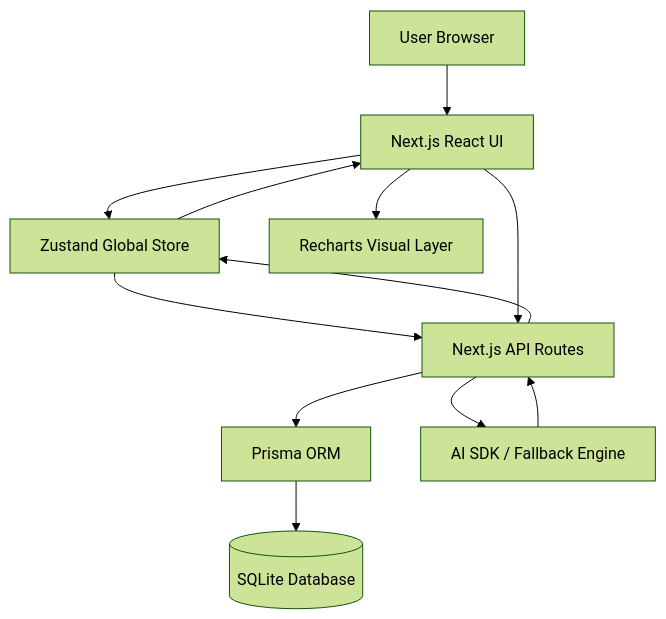
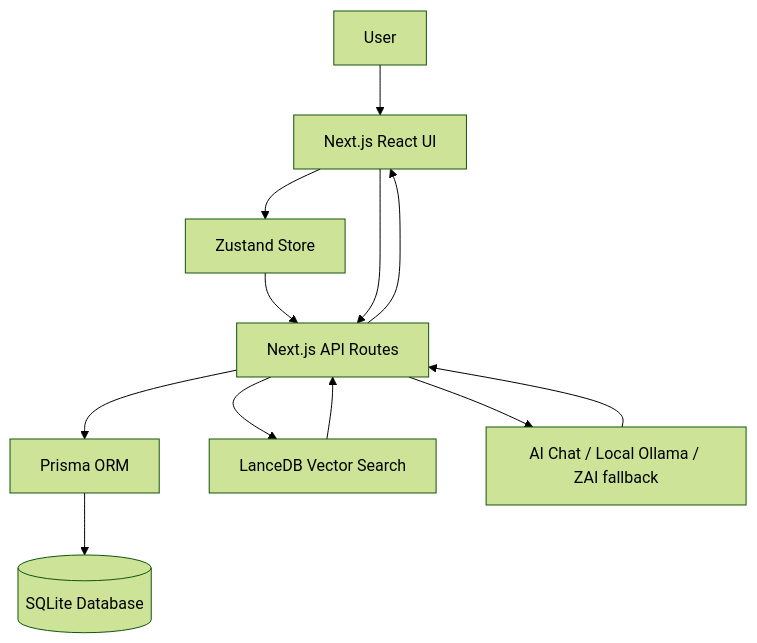
The diagram in README.md (krishrathi1/Mutual-Fund-Co-Pilot-), drawn with Mermaid (forest theme) before and after one commit. The commit also changed other lines of this file and 3 other files, not shown here.

````diff
--- a/README.md
+++ b/README.md
@@ -178,23 +122,23 @@
 ```mermaid
 flowchart TB
-    User[User Browser]
+    User[User]
     UI[Next.js React UI]
-    Store[Zustand Global Store]
+    Store[Zustand Store]
     API[Next.js API Routes]
     Prisma[Prisma ORM]
     DB[(SQLite Database)]
-    AI[AI SDK / Fallback Engine]
-    Charts[Recharts Visual Layer]
+    Vector[LanceDB Vector Search]
+    AI[AI Chat / Local Ollama / ZAI fallback]
 
     User --> UI
     UI --> Store
-    UI --> Charts
     Store --> API
     UI --> API
     API --> Prisma
     Prisma --> DB
+    API --> Vector
+    Vector --> API
     API --> AI
     AI --> API
-    API --> Store
-    Store --> UI
+    API --> UI
 ```
````
